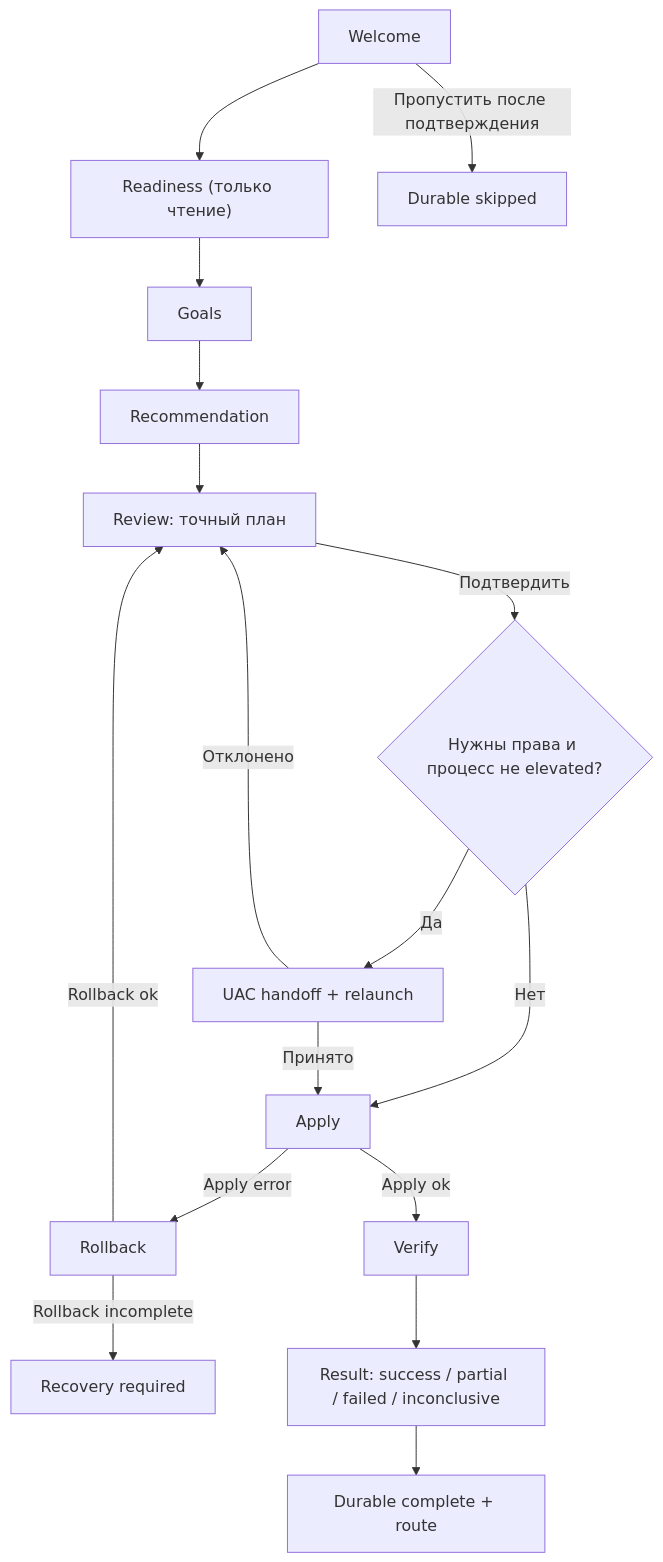
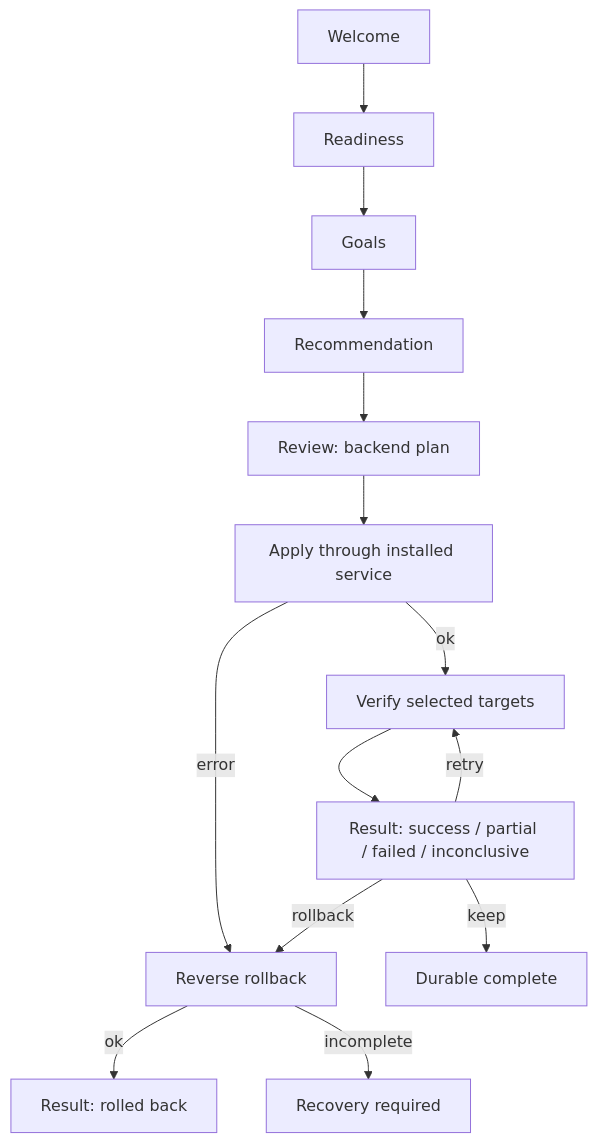
Before and after one commit to AcediaWhy/Obsession: the diagram in ObsessionTauri/docs/ONBOARDING_OVERHAUL_SPEC.md, drawn with Mermaid. The commit also changed other lines of this file and 12 other files, not shown here.

Commit message:
onboarding: roll back failed first run

````diff
--- a/ObsessionTauri/docs/ONBOARDING_OVERHAUL_SPEC.md
+++ b/ObsessionTauri/docs/ONBOARDING_OVERHAUL_SPEC.md
@@ -90,19 +68,16 @@
 ```mermaid
 flowchart TD
-    A["Welcome"] --> B["Readiness (только чтение)"]
-    B --> C["Goals"]
-    C --> D["Recommendation"]
-    D --> E["Review: точный план"]
-    E -->|"Подтвердить"| F{"Нужны права и процесс не elevated?"}
-    F -->|"Да"| G["UAC handoff + relaunch"]
-    F -->|"Нет"| H["Apply"]
-    G -->|"Принято"| H
-    G -->|"Отклонено"| E
-    H -->|"Apply ok"| I["Verify"]
-    H -->|"Apply error"| J["Rollback"]
-    J -->|"Rollback ok"| E
-    J -->|"Rollback incomplete"| K["Recovery required"]
-    I --> L["Result: success / partial / failed / inconclusive"]
-    L --> M["Durable complete + route"]
-    A -->|"Пропустить после подтверждения"| N["Durable skipped"]
+  A["Welcome"] --> B["Readiness"]
+  B --> C["Goals"]
+  C --> D["Recommendation"]
+  D --> E["Review: backend plan"]
+  E --> F["Apply through installed service"]
+  F -->|"ok"| G["Verify selected targets"]
+  F -->|"error"| H["Reverse rollback"]
+  H -->|"ok"| I["Result: rolled back"]
+  H -->|"incomplete"| J["Recovery required"]
+  G --> K["Result: success / partial / failed / inconclusive"]
+  K -->|"retry"| G
+  K -->|"keep"| L["Durable complete"]
+  K -->|"rollback"| H
 ```
````
